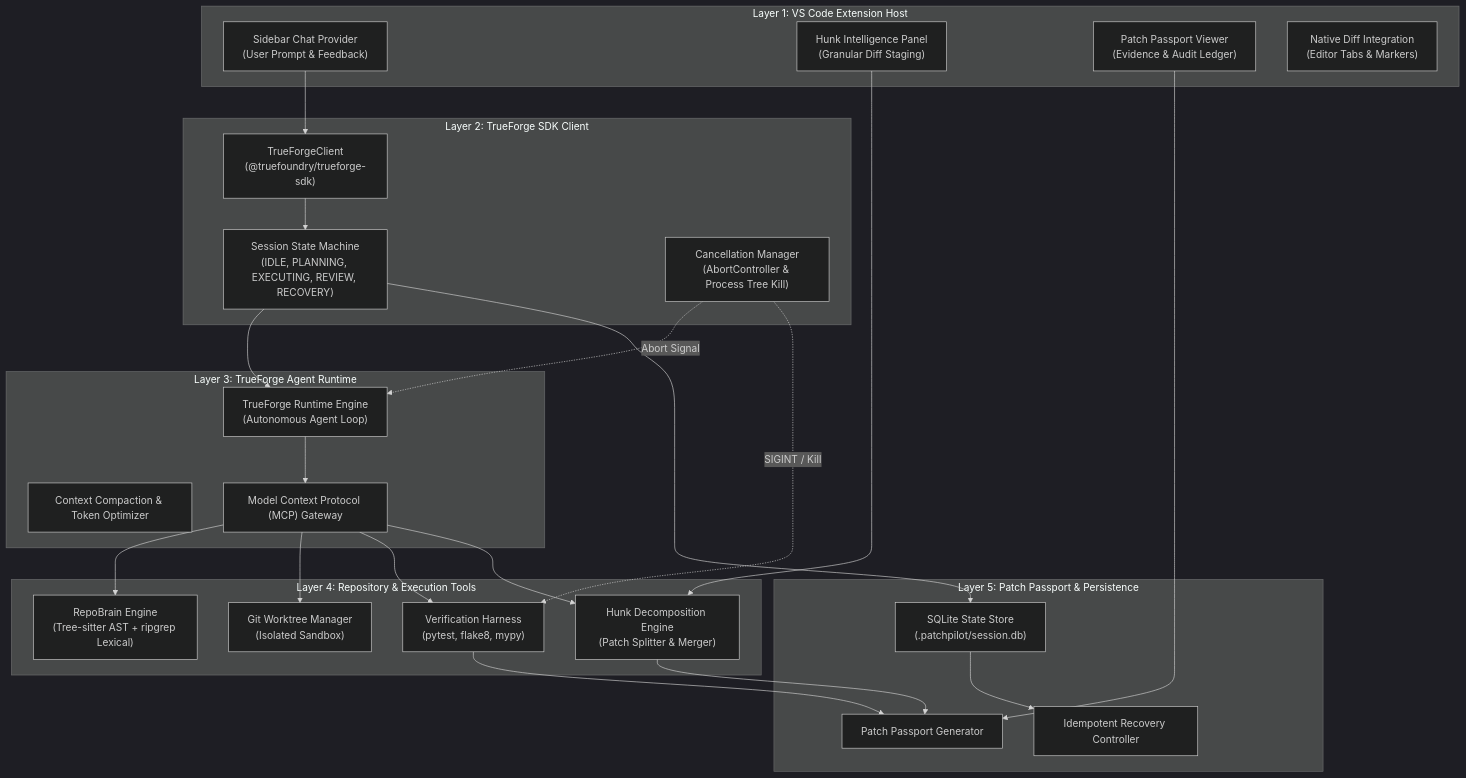
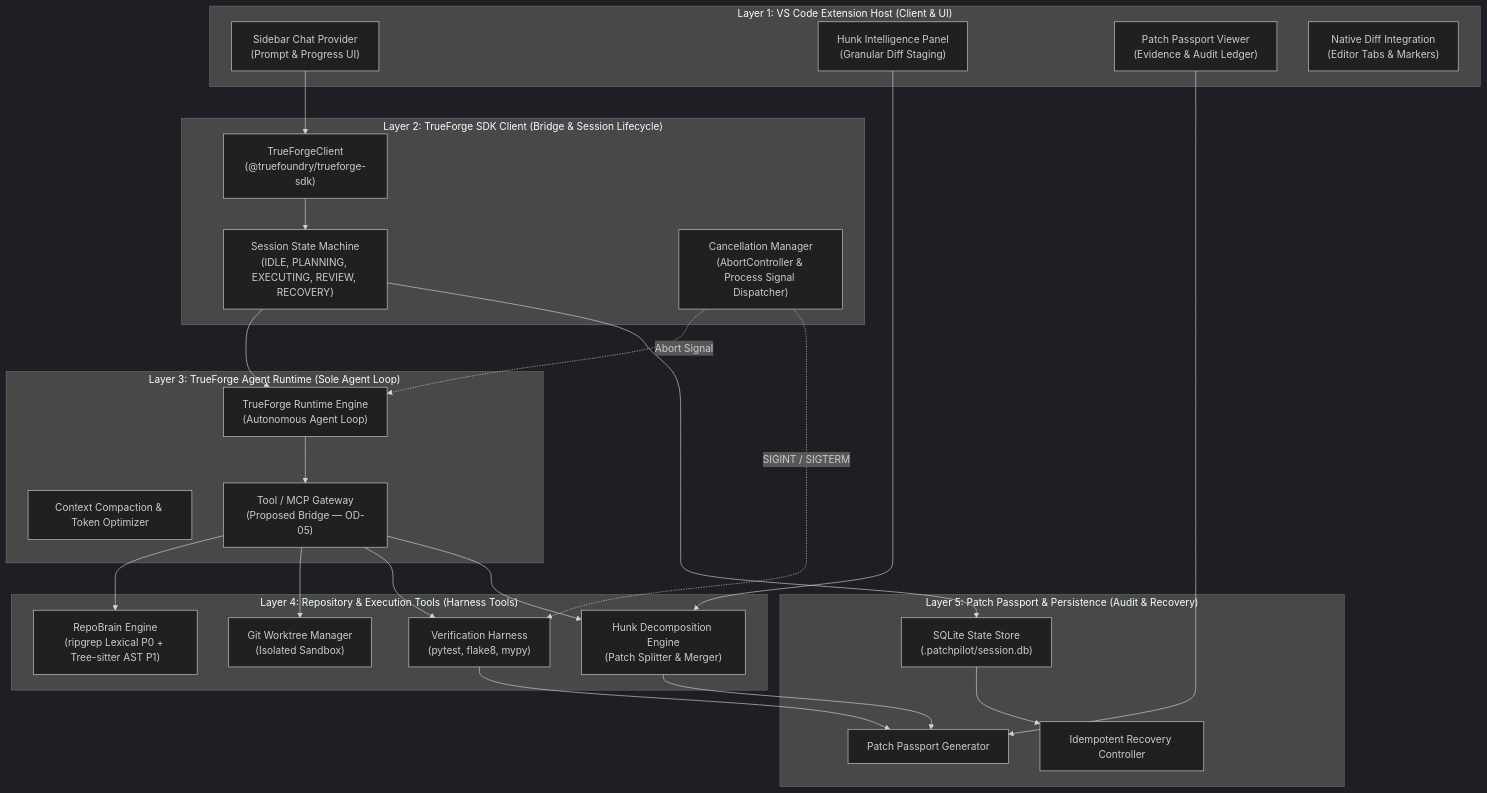
The first of 2 diagrams in docs/ARCHITECTURE.md (madhura200227/PatchPilot), drawn with Mermaid (dark theme) before and after one commit. The commit also changed other lines of this file and 5 other files, not shown here.

````diff
--- a/docs/ARCHITECTURE.md
+++ b/docs/ARCHITECTURE.md
@@ -19,54 +26,54 @@
 ```mermaid
 flowchart TD
-    subgraph L1["Layer 1: VS Code Extension Host"]
-        ChatWebview["Sidebar Chat Provider<br/>(User Prompt & Feedback)"]
+    subgraph L1["Layer 1: VS Code Extension Host (Client & UI)"]
+        ChatWebview["Sidebar Chat Provider<br/>(Prompt & Progress UI)"]
         HunkWebview["Hunk Intelligence Panel<br/>(Granular Diff Staging)"]
         PassportWebview["Patch Passport Viewer<br/>(Evidence & Audit Ledger)"]
         DiffEditor["Native Diff Integration<br/>(Editor Tabs & Markers)"]
     end
 
-    subgraph L2["Layer 2: TrueForge SDK Client"]
+    subgraph L2["Layer 2: TrueForge SDK Client (Bridge & Session Lifecycle)"]
         SDKClient["TrueForgeClient<br/>(@truefoundry/trueforge-sdk)"]
         FSM["Session State Machine<br/>(IDLE, PLANNING, EXECUTING, REVIEW, RECOVERY)"]
-        CancelManager["Cancellation Manager<br/>(AbortController & Process Tree Kill)"]
+        CancelManager["Cancellation Manager<br/>(AbortController & Process Signal Dispatcher)"]
     end
 
-    subgraph L3["Layer 3: TrueForge Agent Runtime"]
+    subgraph L3["Layer 3: TrueForge Agent Runtime (Sole Agent Loop)"]
         TFHarness["TrueForge Runtime Engine<br/>(Autonomous Agent Loop)"]
         TokenOptimizer["Context Compaction & Token Optimizer"]
-        MCPGateway["Model Context Protocol (MCP) Gateway"]
+        ToolGateway["Tool / MCP Gateway<br/>(Proposed Bridge — OD-05)"]
     end
 
-    subgraph L4["Layer 4: Repository & Execution Tools"]
-        RepoBrain["RepoBrain Engine<br/>(Tree-sitter AST + ripgrep Lexical)"]
+    subgraph L4["Layer 4: Repository & Execution Tools (Harness Tools)"]
+        RepoBrain["RepoBrain Engine<br/>(ripgrep Lexical P0 + Tree-sitter AST P1)"]
         WorktreeMgr["Git Worktree Manager<br/>(Isolated Sandbox)"]
         VerifyRunner["Verification Harness<br/>(pytest, flake8, mypy)"]
         HunkEngine["Hunk Decomposition Engine<br/>(Patch Splitter & Merger)"]
     end
 
-    subgraph L5["Layer 5: Patch Passport & Persistence"]
+    subgraph L5["Layer 5: Patch Passport & Persistence (Audit & Recovery)"]
         SQLiteStore["SQLite State Store<br/>(.patchpilot/session.db)"]
         PassportEngine["Patch Passport Generator"]
         RecoveryEngine["Idempotent Recovery Controller"]
     end
 
     ChatWebview --> SDKClient
     HunkWebview --> HunkEngine
     PassportWebview --> PassportEngine
 
     SDKClient --> FSM
     FSM --> TFHarness
     CancelManager -.->|Abort Signal| TFHarness
-    CancelManager -.->|SIGINT / Kill| VerifyRunner
+    CancelManager -.->|SIGINT / SIGTERM| VerifyRunner
 
-    TFHarness --> MCPGateway
-    MCPGateway --> RepoBrain
-    MCPGateway --> WorktreeMgr
-    MCPGateway --> VerifyRunner
-    MCPGateway --> HunkEngine
+    TFHarness --> ToolGateway
+    ToolGateway --> RepoBrain
+    ToolGateway --> WorktreeMgr
+    ToolGateway --> VerifyRunner
+    ToolGateway --> HunkEngine
 
     FSM --> SQLiteStore
     VerifyRunner --> PassportEngine
     HunkEngine --> PassportEngine
     SQLiteStore --> RecoveryEngine
 ```
````
